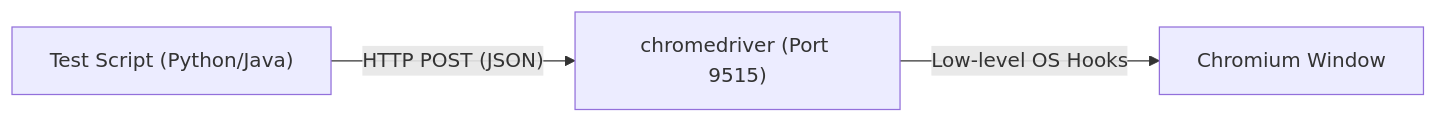
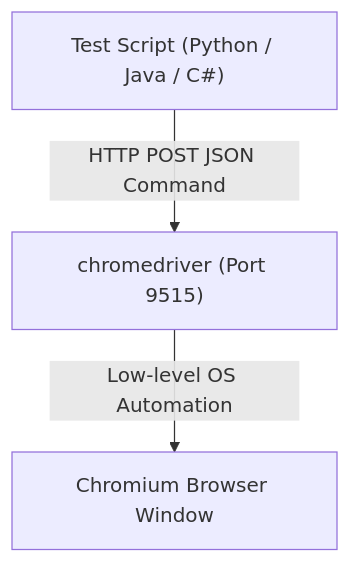
The second of 4 diagrams in _posts/2026-10-03-selenium-vs-puppeteer-vs-playwright.md (naimurhasan/naimurhasan.github.io), drawn with Mermaid before and after one commit. The commit also changed other lines of this file and 28 other files, not shown here.

Commit message:
fix(blog): refactor all Mermaid diagrams to vertical legible layouts and restore in-body illustrations

````diff
--- a/_posts/2026-10-03-selenium-vs-puppeteer-vs-playwright.md
+++ b/_posts/2026-10-03-selenium-vs-puppeteer-vs-playwright.md
@@ -57,5 +57,5 @@
 ```mermaid
-flowchart LR
-  Script["Test Script (Python/Java)"] -->|"HTTP POST (JSON)"| Driver["chromedriver (Port 9515)"]
-  Driver -->|"Low-level OS Hooks"| Browser["Chromium Window"]
+flowchart TD
+  Script["Test Script (Python / Java / C#)"] -->|"HTTP POST JSON Command"| Driver["chromedriver (Port 9515)"]
+  Driver -->|"Low-level OS Automation"| Browser["Chromium Browser Window"]
 ```
````
